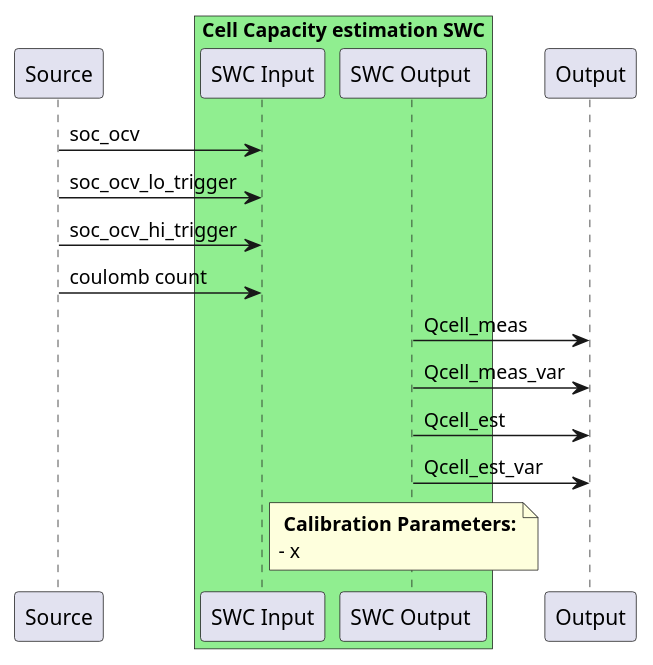
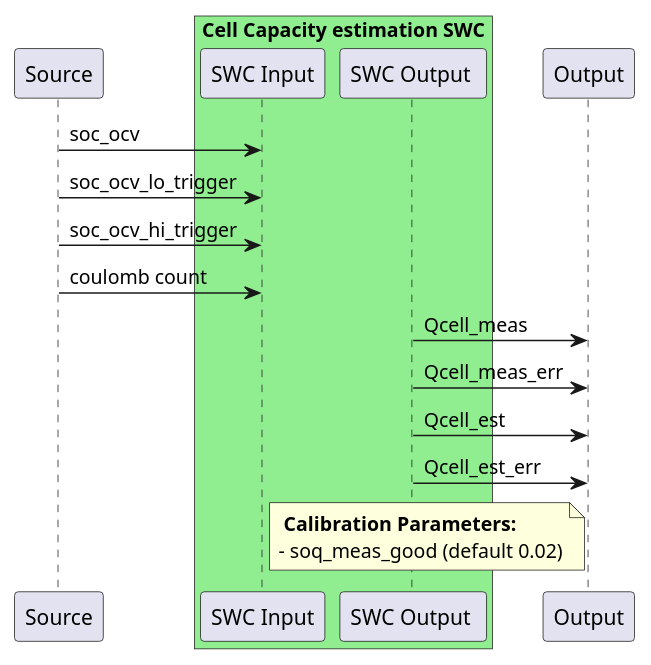
The diagram in simtestlab/SoftwareSpecifiactions/ApplicationSoftware/Capacity Estimation.md (Simtestlab/atlas), drawn with PlantUML before and after one commit. The commit also changed other lines of this file, not shown here.

````diff
--- a/simtestlab/SoftwareSpecifiactions/ApplicationSoftware/Capacity Estimation.md
+++ b/simtestlab/SoftwareSpecifiactions/ApplicationSoftware/Capacity Estimation.md
@@ -10,34 +10,34 @@
 ```puml
 @startuml
 
 ' External signal sources (left)
 participant "Source" as Inputs
 
 ' SWC in the middle   
 box "Cell Capacity estimation SWC" #LightGreen
   participant "SWC Input" as In
   participant "SWC Output " as Out
 
 end box
 
 ' Signals into SWC ############################# EDIT ONLY HERE #############################
 Inputs -> In : soc_ocv
 Inputs -> In : soc_ocv_lo_trigger
 Inputs -> In : soc_ocv_hi_trigger
 Inputs -> In : coulomb count
 
 ' Signals from SWC ##########################  EDIT ONLY HERE ################################
 Out -> Output : Qcell_meas
-Out -> Output : Qcell_meas_var
+Out -> Output : Qcell_meas_err
 Out -> Output : Qcell_est
-Out -> Output : Qcell_est_var
+Out -> Output : Qcell_est_err
 
 
 ' Signals from SWC ##########################  EDIT ONLY HERE ################################
 note right of In 
     <b> Calibration Parameters:</b>
-    - x
+    - soq_meas_good (default 0.02)
 end note
 @enduml
 
 ```
````
